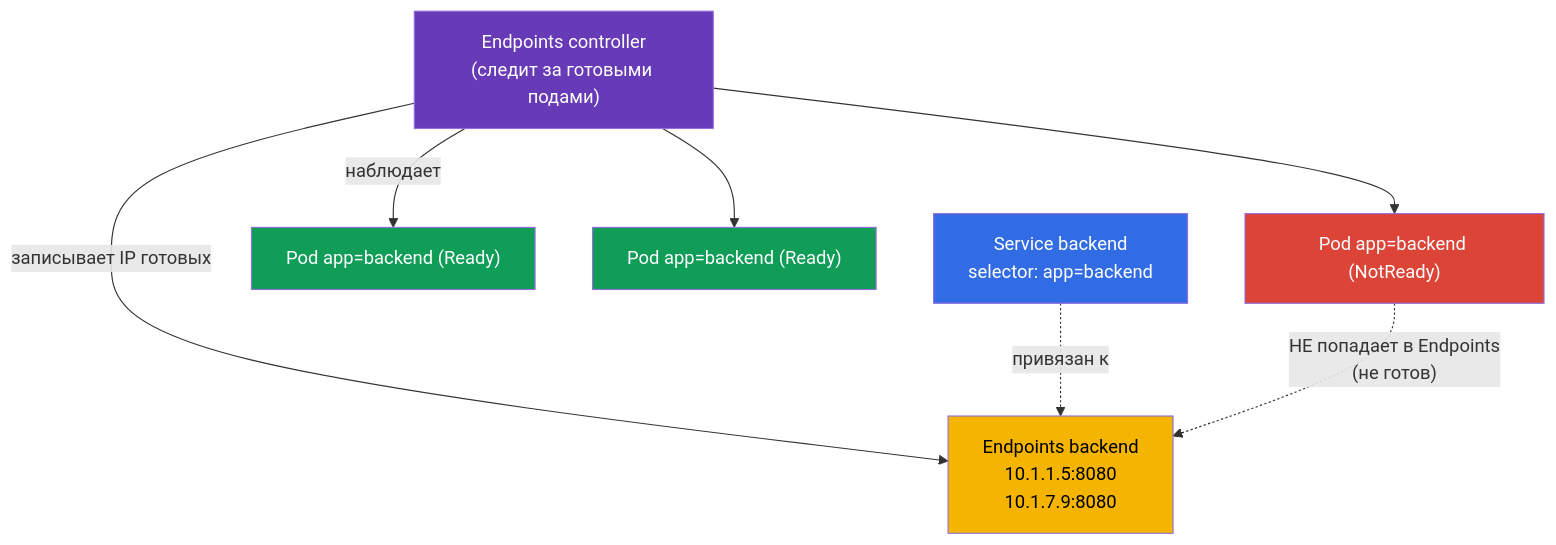
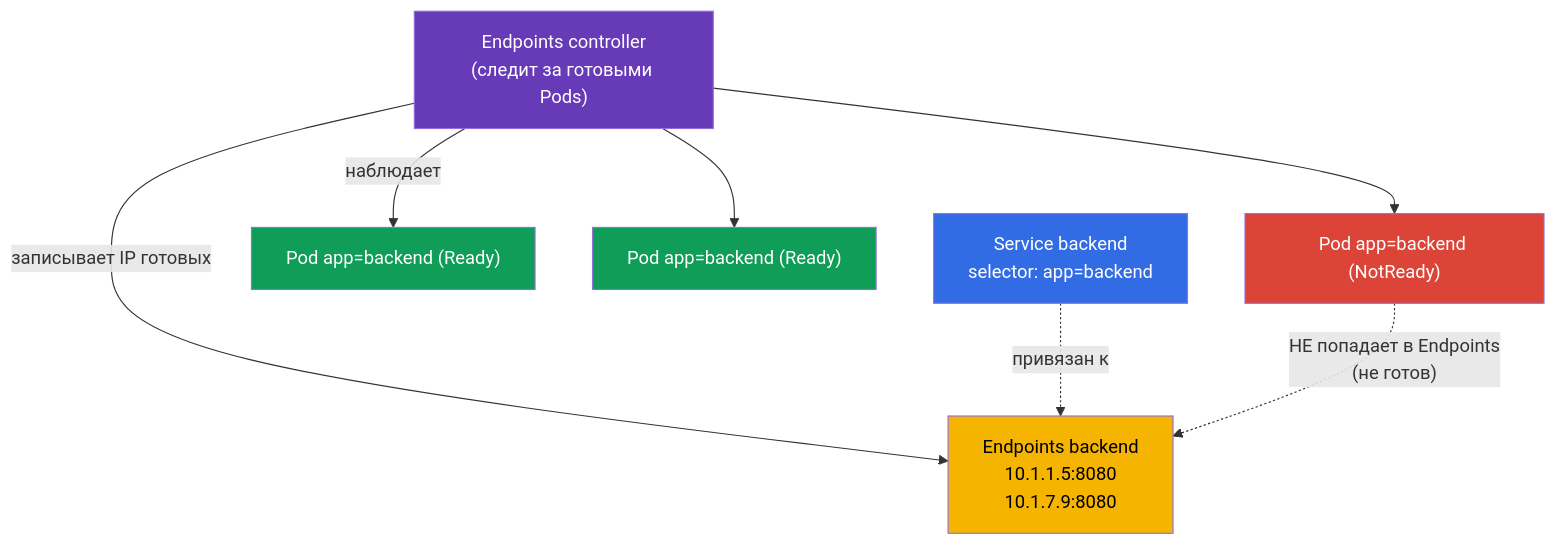
Before and after one commit to ViktorUJ/cks: the eighth of 11 diagrams in tasks/cka/course/07/ru.md, drawn with Mermaid. The commit also changed other lines of this file and 15 other files, not shown here.

````diff
--- a/tasks/cka/course/07/ru.md
+++ b/tasks/cka/course/07/ru.md
@@ -242,21 +242,21 @@
 ```mermaid
 flowchart TB
     svc["Service backend<br>selector: app=backend"]
-    epc["Endpoints controller<br>(следит за готовыми подами)"]
+    epc["Endpoints controller<br>(следит за готовыми Pods)"]
     ep["Endpoints backend<br>10.1.1.5:8080<br>10.1.7.9:8080"]
     p1["Pod app=backend (Ready)"]
     p2["Pod app=backend (Ready)"]
     p3["Pod app=backend (NotReady)"]
     epc -->|"наблюдает"| p1
     epc --> p2
     epc --> p3
     epc -->|"записывает IP готовых"| ep
     svc -.->|"привязан к"| ep
     p3 -.->|"НЕ попадает в Endpoints<br>(не готов)"| ep
     style svc fill:#326ce5,color:#fff
     style epc fill:#673ab7,color:#fff
     style ep fill:#f4b400,color:#000
     style p1 fill:#0f9d58,color:#fff
     style p2 fill:#0f9d58,color:#fff
     style p3 fill:#db4437,color:#fff
 ```
````
